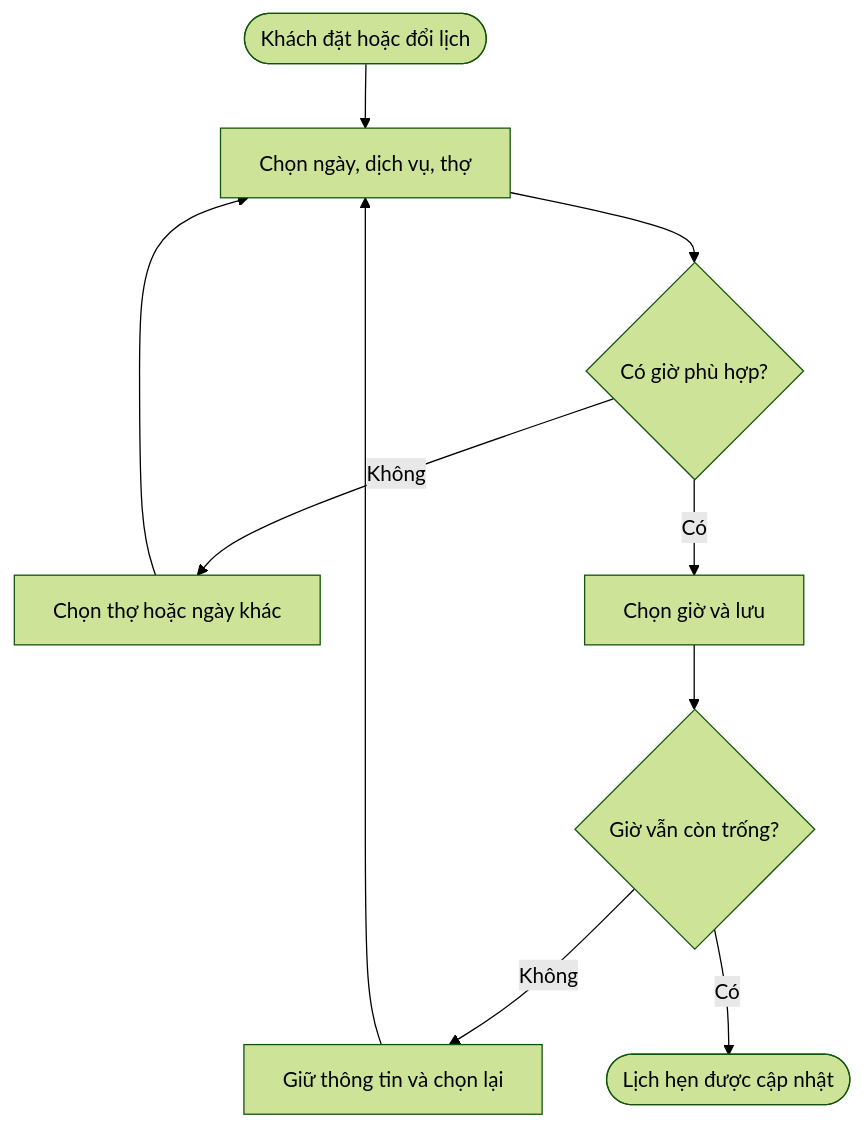
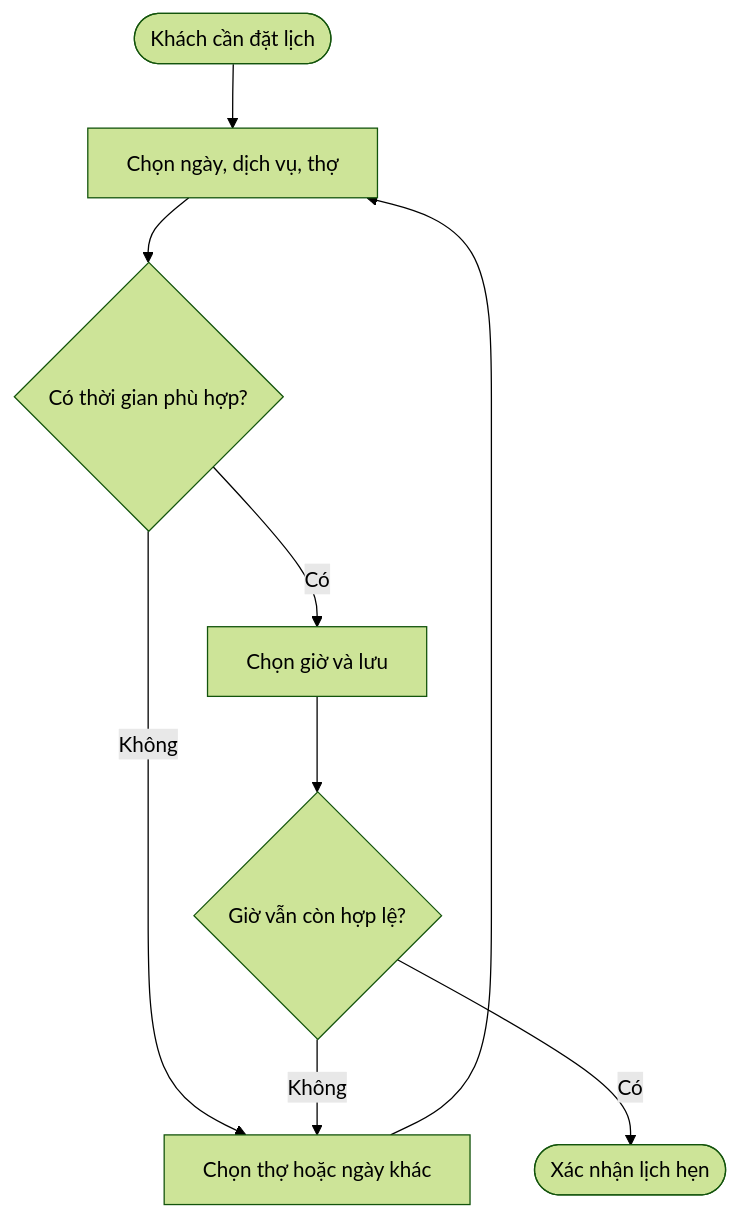
One commit to vlink-group/VlinkPay changed the fourth of 6 diagrams in nexora/docs/business/pos-staff-schedule-booking-frontend-upgrade.md. Above: the diagram before and after it, drawn with Mermaid (forest theme). The commit also changed other lines of this file, not shown here.

````diff
--- a/nexora/docs/business/pos-staff-schedule-booking-frontend-upgrade.md
+++ b/nexora/docs/business/pos-staff-schedule-booking-frontend-upgrade.md
@@ -243,12 +240,11 @@
 ```mermaid
 flowchart TD
-    A([Khách đặt hoặc đổi lịch]) --> B[Chọn ngày, dịch vụ, thợ]
-    B --> C{Có giờ phù hợp?}
+    A([Khách cần đặt lịch]) --> B[Chọn ngày, dịch vụ, thợ]
+    B --> C{Có thời gian phù hợp?}
     C -- Không --> D[Chọn thợ hoặc ngày khác]
     D --> B
     C -- Có --> E[Chọn giờ và lưu]
-    E --> F{Giờ vẫn còn trống?}
-    F -- Không --> G[Giữ thông tin và chọn lại]
-    G --> B
-    F -- Có --> H([Lịch hẹn được cập nhật])
+    E --> F{Giờ vẫn còn hợp lệ?}
+    F -- Không --> D
+    F -- Có --> G([Xác nhận lịch hẹn])
 ```
````
